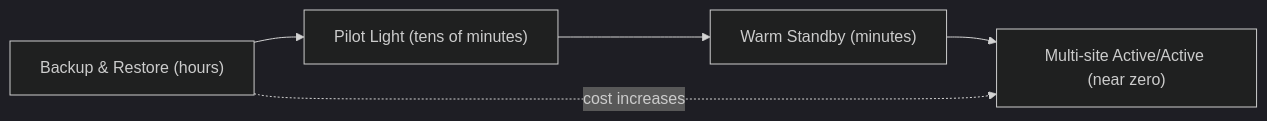
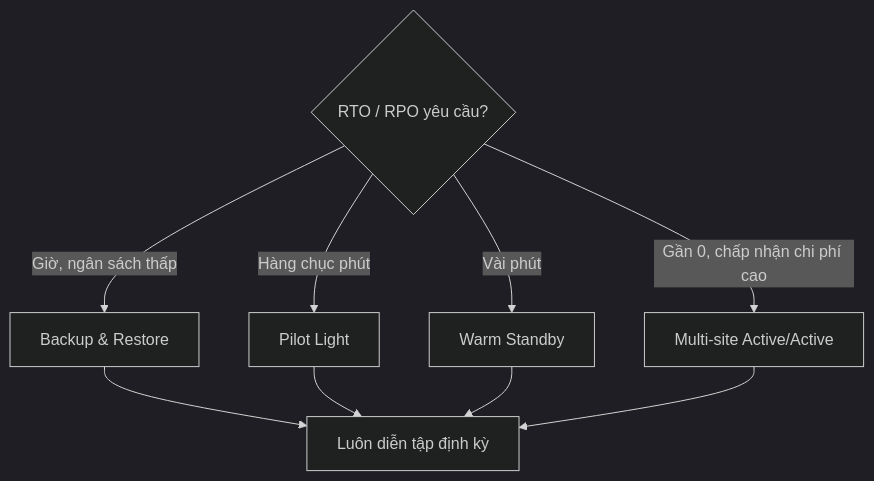
One commit to passion-Infinity/personal-tech-playbook changed the diagram in src/assets/knowledge/playbooks/aws/disaster-recovery-strategies.md. Above: the diagram before and after it, drawn with Mermaid (dark theme). The commit also changed other lines of this file and 6 other files, not shown here.

````diff
--- a/src/assets/knowledge/playbooks/aws/disaster-recovery-strategies.md
+++ b/src/assets/knowledge/playbooks/aws/disaster-recovery-strategies.md
@@ -18,7 +27,11 @@
 ```mermaid
-flowchart LR
-    A["Backup & Restore (hours)"] --> B["Pilot Light (tens of minutes)"]
-    B --> C["Warm Standby (minutes)"]
-    C --> D["Multi-site Active/Active (near zero)"]
-    A -.->|cost increases| D
+flowchart TD
+    Q{"RTO / RPO yêu cầu?"} -->|"Giờ, ngân sách thấp"| BR["Backup & Restore"]
+    Q -->|"Hàng chục phút"| PL["Pilot Light"]
+    Q -->|"Vài phút"| WS["Warm Standby"]
+    Q -->|"Gần 0, chấp nhận chi phí cao"| AA["Multi-site Active/Active"]
+    BR --> T["Luôn diễn tập định kỳ"]
+    PL --> T
+    WS --> T
+    AA --> T
 ```
````
